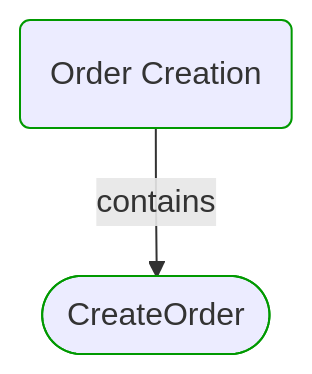
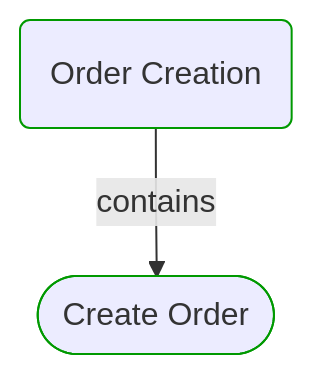
The third of 5 diagrams in Docs/P3/MermaidOutput/Domain/Concepts/Sales/WholesaleOrdering/OrderCreation/OrderCreation.md (itlibrium/DDD-starter-dotnet), drawn with Mermaid before and after one commit. The commit also changed other lines of this file and 51 other files, not shown here.

````diff
--- a/Docs/P3/MermaidOutput/Domain/Concepts/Sales/WholesaleOrdering/OrderCreation/OrderCreation.md
+++ b/Docs/P3/MermaidOutput/Domain/Concepts/Sales/WholesaleOrdering/OrderCreation/OrderCreation.md
@@ -53,11 +53,11 @@
 ```mermaid
   flowchart TB
     0(Order Creation)
     class 0 DomainPerspective
-    1([CreateOrder])
+    1([Create Order])
     class 1 DomainPerspective
     0-->|contains|1
     classDef DomainPerspective stroke:#009900
     classDef TechnologyPerspective stroke:#1F41EB
     classDef PeoplePerspective stroke:#FFF014
 ```
````
